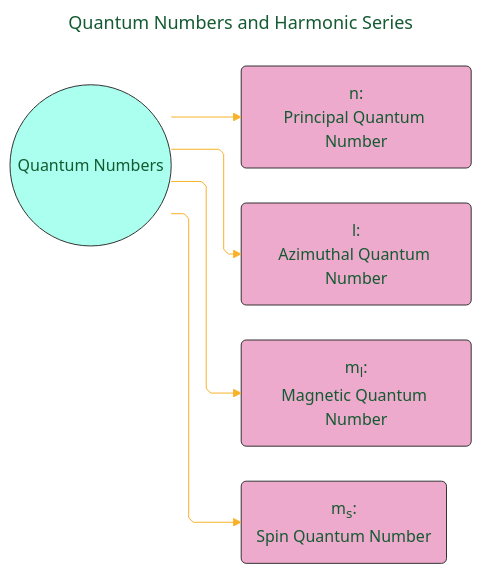
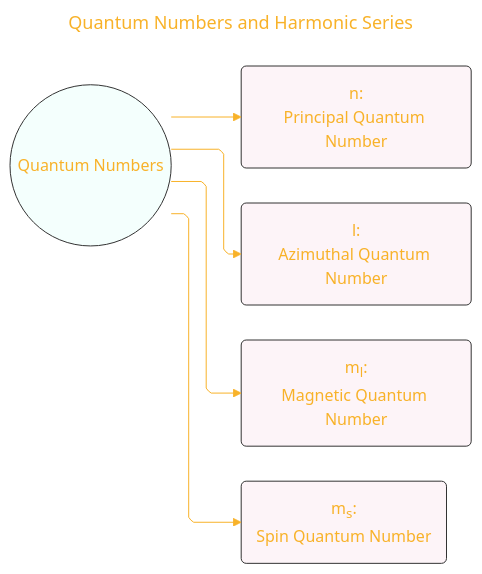
One commit to CongLeSolutionX/Harmonic_Atomica changed the ninth of 10 diagrams in Quantum_Harmonic_Atomic_Model/Quantum_Harmonic_Atomic_Model_Draft_6.md. Above: the diagram before and after it, drawn with Mermaid. The commit also changed other lines of this file and 1 other file, not shown here.

````diff
--- a/Quantum_Harmonic_Atomic_Model/Quantum_Harmonic_Atomic_Model_Draft_6.md
+++ b/Quantum_Harmonic_Atomic_Model/Quantum_Harmonic_Atomic_Model_Draft_6.md
@@ -410,42 +410,42 @@
 ```mermaid
 ---
 title: "Quantum Numbers and Harmonic Series"
 author: "Cong Le"
 version: "1.0"
 license(s): "MIT, CC BY 4.0"
 copyright: "Copyright (c) 2025 Cong Le. All Rights Reserved."
 config:
   layout: elk
   theme: base
 ---
 %%%%%%%% Mermaid version v11.4.1-b.14
 %%%%%%%% Available curve styles include the following keywords:
 %% basis, bumpX, bumpY, cardinal, catmullRom, linear, monotoneX, monotoneY, natural, step, stepAfter, stepBefore.
 %%{
   init: {
-    'flowchart': { 'htmlLabels': false, 'curve': 'linear' },
+    'flowchart': { 'htmlLabels': true, 'curve': 'linear' },
     'fontFamily': 'Monaco',
     'themeVariables': {
-      'primaryColor': '#D5F5E3',
-      'primaryTextColor': '#145A32',
+      'primaryColor': '#FE3',
+      'primaryTextColor': '#F8B229',
       'lineColor': '#F8B229',
       'primaryBorderColor': '#27AE60',
       'secondaryColor': '#EBDEF0',
       'secondaryTextColor': '#6C3483',
       'secondaryBorderColor': '#A569BD'
     }
   }
 }%%
-graph LR
+flowchart LR
 	A(("Quantum Numbers")) --> B("n:<br/>Principal Quantum Number")
     A --> C("l:<br/>Azimuthal Quantum Number")
     A --> D("m<sub>l</sub>:<br/>Magnetic Quantum Number")
     A --> E("m<sub>s</sub>:<br/>Spin Quantum Number")
     
-style A fill:#afe,stroke:#333,stroke-width:1px
-style B fill:#eac,stroke:#333,stroke-width:1px
-style C fill:#eac,stroke:#333,stroke-width:1px
-style D fill:#eac,stroke:#333,stroke-width:1px
-style E fill:#eac,stroke:#333,stroke-width:1px
+style A fill:#afe2,stroke:#333,stroke-width:1px
+style B fill:#eac2,stroke:#333,stroke-width:1px
+style C fill:#eac2,stroke:#333,stroke-width:1px
+style D fill:#eac2,stroke:#333,stroke-width:1px
+style E fill:#eac2,stroke:#333,stroke-width:1px
 
 ```
````
